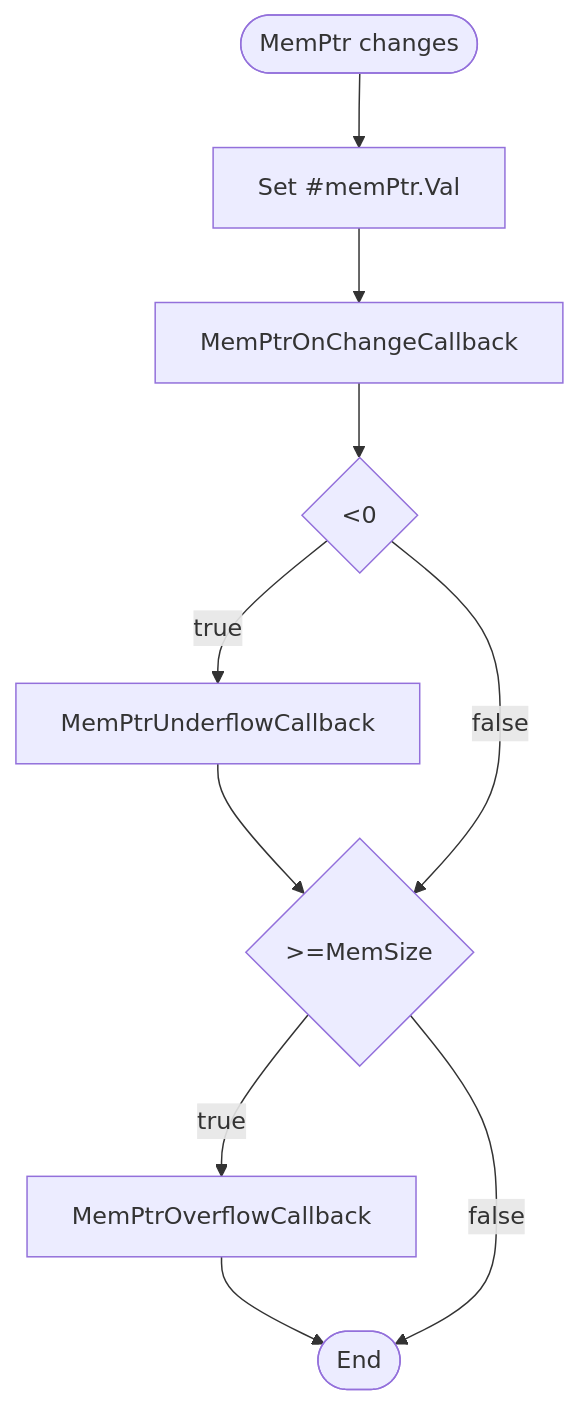
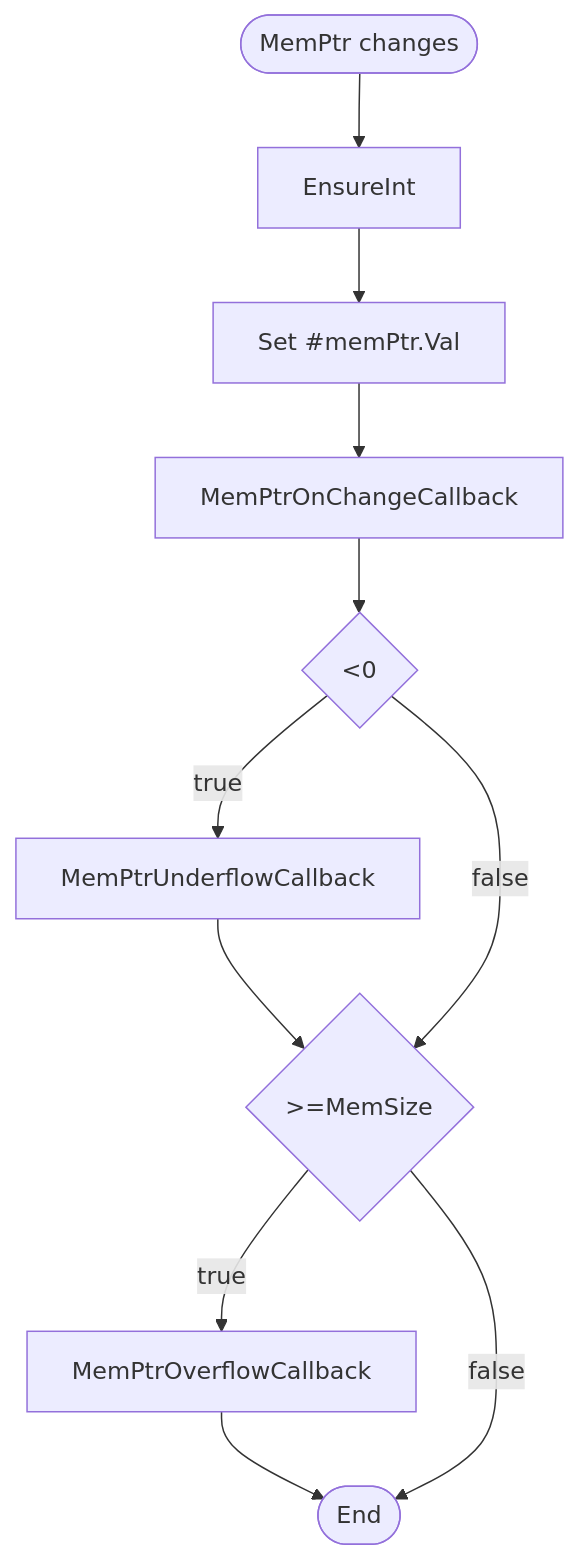
Before and after one commit to BCS21090011/BrainFucker: the fifth of 7 diagrams in README.md, drawn with Mermaid. The commit also changed other lines of this file and 2 other files, not shown here.

Commit message:
Added type checks. Added EnsureString().

````diff
--- a/README.md
+++ b/README.md
@@ -132,25 +136,27 @@
 ```mermaid
 flowchart
 
 Start([MemPtr changes])
+-->
+EnsureInt
 -->
 SetmemPtr[Set #memPtr.Val]
 -->
 MemPtrOnChangeCallback
 -->
 SmallerCheck{<0}
 --true-->
 MemPtrUnderflowCallback
 -->
 LargerCheck
 SmallerCheck
 --false--> 
 LargerCheck{>=MemSize}
 --true-->
 MemPtrOverflowCallback
 -->
 End([End])
 LargerCheck
 --false-->
 End
 ```
````
